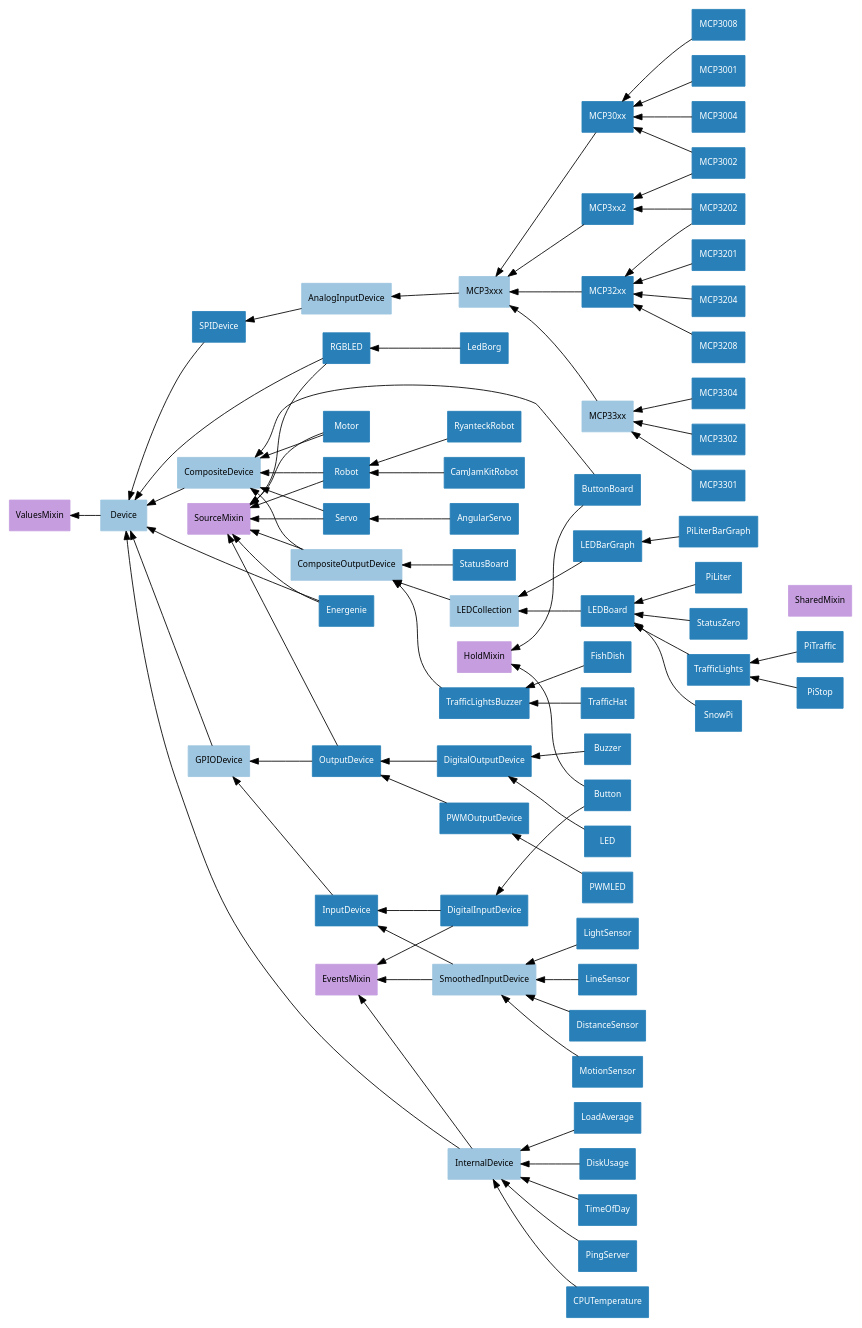
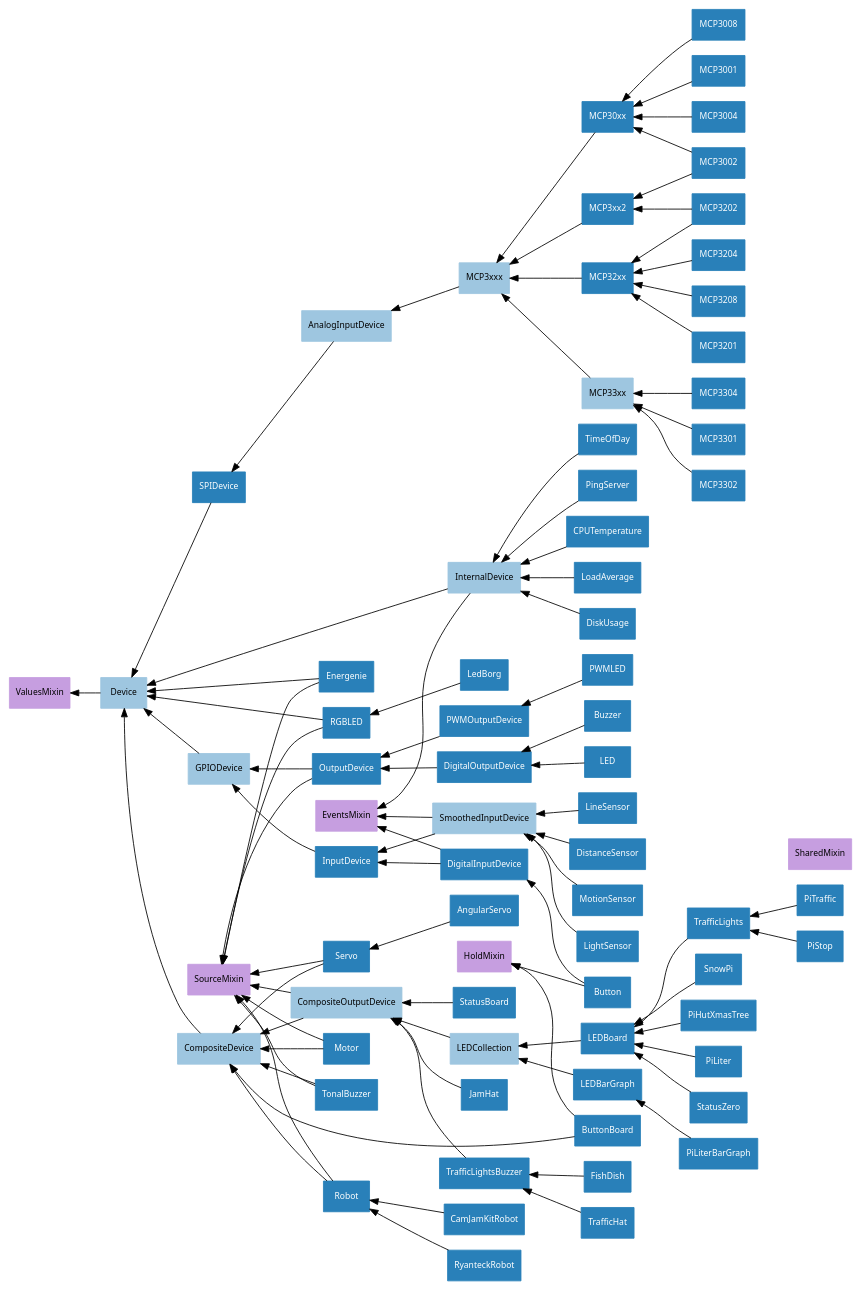
Before and after one commit to gpiozero/gpiozero: the diagram in docs/images/device_hierarchy.dot, drawn with Graphviz. The commit also changed 15 other files, not shown here.

Commit message:
Implement TonalBuzzer

```diff
--- a/docs/images/device_hierarchy.dot
+++ b/docs/images/device_hierarchy.dot
@@ -1,121 +1,125 @@
 /* vim: set et sw=4 sts=4: */
 
 digraph classes {
     graph [rankdir=RL];
     node [shape=rect, style=filled, fontname=Sans, fontsize=10];
     edge [];
 
     /* Mixin classes */
     node [color="#c69ee0", fontcolor="#000000"]
 
     ValuesMixin;
     SourceMixin;
     SharedMixin;
     EventsMixin;
     HoldMixin;
 
     /* Abstract classes */
     node [color="#9ec6e0", fontcolor="#000000"]
 
     Device;
     GPIODevice;
 
     SmoothedInputDevice;
     AnalogInputDevice;
     MCP3xxx;
     MCP33xx;
     CompositeDevice;
     CompositeOutputDevice;
     LEDCollection;
     InternalDevice;
 
     GPIODevice->Device;
     Device->ValuesMixin;
 
     /* Concrete classes */
     node [color="#2980b9", fontcolor="#ffffff"];
 
     InputDevice->GPIODevice;
     DigitalInputDevice->InputDevice;
     DigitalInputDevice->EventsMixin;
     SmoothedInputDevice->InputDevice;
     SmoothedInputDevice->EventsMixin;
     Button->DigitalInputDevice;
     Button->HoldMixin;
     MotionSensor->SmoothedInputDevice;
     LightSensor->SmoothedInputDevice;
     LineSensor->SmoothedInputDevice;
     DistanceSensor->SmoothedInputDevice;
 
     OutputDevice->GPIODevice;
     OutputDevice->SourceMixin;
     DigitalOutputDevice->OutputDevice;
     LED->DigitalOutputDevice;
     Buzzer->DigitalOutputDevice;
     PWMOutputDevice->OutputDevice;
     PWMLED->PWMOutputDevice;
     RGBLED->Device;
     RGBLED->SourceMixin;
 
     SPIDevice->Device;
     AnalogInputDevice->SPIDevice;
     MCP3xxx->AnalogInputDevice;
     MCP30xx->MCP3xxx;
     MCP32xx->MCP3xxx;
     MCP33xx->MCP3xxx;
     MCP3xx2->MCP3xxx;
 
     MCP3001->MCP30xx;
     MCP3002->MCP30xx;
     MCP3004->MCP30xx;
     MCP3008->MCP30xx;
     MCP3201->MCP32xx;
     MCP3202->MCP32xx;
     MCP3204->MCP32xx;
     MCP3208->MCP32xx;
     MCP3002->MCP3xx2;
     MCP3202->MCP3xx2;
     MCP3301->MCP33xx;
     MCP3302->MCP33xx;
     MCP3304->MCP33xx;
 
     CompositeDevice->Device;
     CompositeOutputDevice->CompositeDevice;
     CompositeOutputDevice->SourceMixin;
     LEDCollection->CompositeOutputDevice;
     LEDBoard->LEDCollection;
     LEDBarGraph->LEDCollection;
     LedBorg->RGBLED;
     ButtonBoard->CompositeDevice;
     ButtonBoard->HoldMixin;
     PiLiter->LEDBoard;
     PiLiterBarGraph->LEDBarGraph;
     StatusZero->LEDBoard;
     TrafficLights->LEDBoard;
     SnowPi->LEDBoard;
+    PiHutXmasTree->LEDBoard;
     PiTraffic->TrafficLights;
     PiStop->TrafficLights;
     TrafficLightsBuzzer->CompositeOutputDevice;
     StatusBoard->CompositeOutputDevice;
+    JamHat->CompositeOutputDevice;
     FishDish->TrafficLightsBuzzer;
     TrafficHat->TrafficLightsBuzzer;
     Robot->CompositeDevice;
     Robot->SourceMixin;
     Energenie->Device;
     Energenie->SourceMixin;
     RyanteckRobot->Robot;
     CamJamKitRobot->Robot;
     Motor->CompositeDevice;
     Motor->SourceMixin;
     Servo->CompositeDevice;
     Servo->SourceMixin;
+    TonalBuzzer->CompositeDevice;
+    TonalBuzzer->SourceMixin;
     AngularServo->Servo;
 
     InternalDevice->Device;
     InternalDevice->EventsMixin;
     TimeOfDay->InternalDevice;
     PingServer->InternalDevice;
     CPUTemperature->InternalDevice;
     LoadAverage->InternalDevice;
     DiskUsage->InternalDevice;
 }
```
